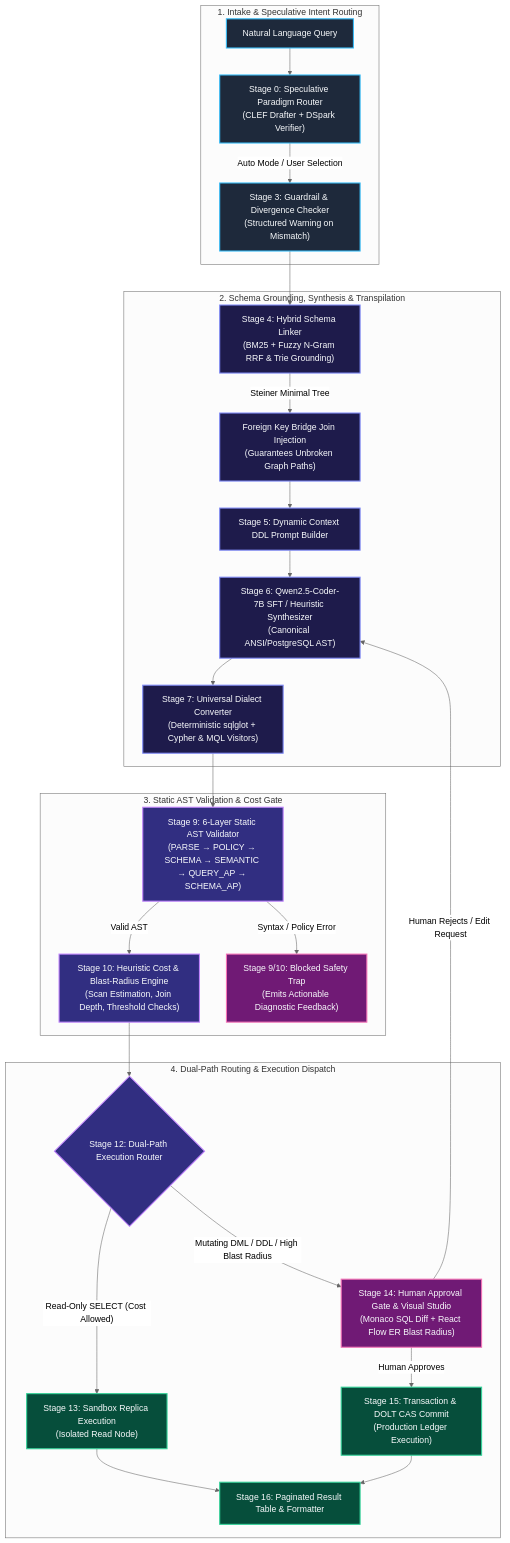
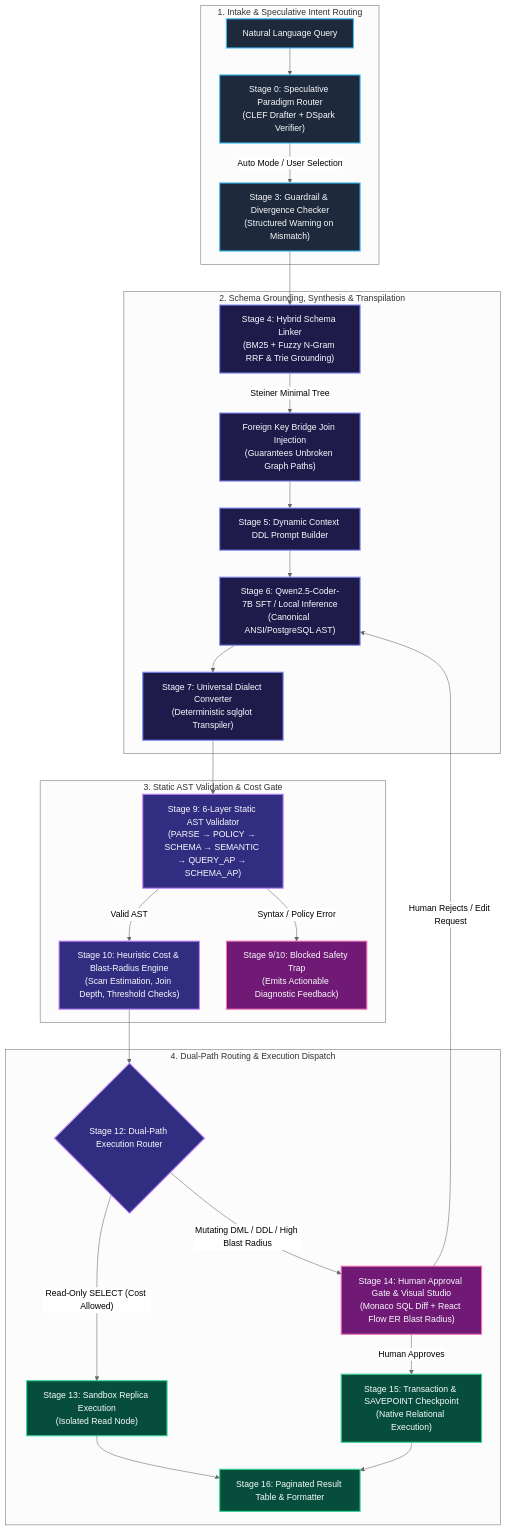
One commit to VanshikaKritiSingh/NL2SQL changed the first of 4 diagrams in README.md. Above: the diagram before and after it, drawn with Mermaid (neutral theme). The commit also changed other lines of this file and 18 other files, not shown here.

````diff
--- a/README.md
+++ b/README.md
@@ -81,40 +137,40 @@
 ```mermaid
 flowchart TD
     classDef intake fill:#1e293b,stroke:#38bdf8,stroke-width:2px,color:#f8fafc;
     classDef ai fill:#1e1b4b,stroke:#818cf8,stroke-width:2px,color:#f8fafc;
     classDef safety fill:#312e81,stroke:#c084fc,stroke-width:2px,color:#f8fafc;
     classDef gate fill:#701a75,stroke:#f472b6,stroke-width:2px,color:#f8fafc;
     classDef exec fill:#064e3b,stroke:#34d399,stroke-width:2px,color:#f8fafc;
 
     subgraph Layer_Intake ["1. Intake & Speculative Intent Routing"]
         NL["Natural Language Query"]:::intake --> S0["Stage 0: Speculative Paradigm Router<br/>(CLEF Drafter + DSpark Verifier)"]:::intake
         S0 -->|"Auto Mode / User Selection"| S3["Stage 3: Guardrail & Divergence Checker<br/>(Structured Warning on Mismatch)"]:::intake
     end
 
     subgraph Layer_AI ["2. Schema Grounding, Synthesis & Transpilation"]
         S3 --> S4["Stage 4: Hybrid Schema Linker<br/>(BM25 + Fuzzy N-Gram RRF & Trie Grounding)"]:::ai
         S4 -->|"Steiner Minimal Tree"| S4B["Foreign Key Bridge Join Injection<br/>(Guarantees Unbroken Graph Paths)"]:::ai
         S4B --> S5["Stage 5: Dynamic Context DDL Prompt Builder"]:::ai
-        S5 --> S6["Stage 6: Qwen2.5-Coder-7B SFT / Heuristic Synthesizer<br/>(Canonical ANSI/PostgreSQL AST)"]:::ai
-        S6 --> S7["Stage 7: Universal Dialect Converter<br/>(Deterministic sqlglot + Cypher & MQL Visitors)"]:::ai
+        S5 --> S6["Stage 6: Qwen2.5-Coder-7B SFT / Local Inference<br/>(Canonical ANSI/PostgreSQL AST)"]:::ai
+        S6 --> S7["Stage 7: Universal Dialect Converter<br/>(Deterministic sqlglot Transpiler)"]:::ai
     end
 
     subgraph Layer_Safety ["3. Static AST Validation & Cost Gate"]
         S7 --> S9["Stage 9: 6-Layer Static AST Validator<br/>(PARSE → POLICY → SCHEMA → SEMANTIC → QUERY_AP → SCHEMA_AP)"]:::safety
         S9 -->|"Valid AST"| S10["Stage 10: Heuristic Cost & Blast-Radius Engine<br/>(Scan Estimation, Join Depth, Threshold Checks)"]:::safety
         S9 -->|"Syntax / Policy Error"| BLOCKED["Stage 9/10: Blocked Safety Trap<br/>(Emits Actionable Diagnostic Feedback)"]:::gate
     end
 
     subgraph Layer_Execution ["4. Dual-Path Routing & Execution Dispatch"]
         S10 --> S12{"Stage 12: Dual-Path Execution Router"}:::safety
         
         S12 -->|"Read-Only SELECT (Cost Allowed)"| S13["Stage 13: Sandbox Replica Execution<br/>(Isolated Read Node)"]:::exec
         S12 -->|"Mutating DML / DDL / High Blast Radius"| S14["Stage 14: Human Approval Gate & Visual Studio<br/>(Monaco SQL Diff + React Flow ER Blast Radius)"]:::gate
         
-        S14 -->|"Human Approves"| S15["Stage 15: Transaction & DOLT CAS Commit<br/>(Production Ledger Execution)"]:::exec
+        S14 -->|"Human Approves"| S15["Stage 15: Transaction & SAVEPOINT Checkpoint<br/>(Native Relational Execution)"]:::exec
         S14 -->|"Human Rejects / Edit Request"| S6
         
         S13 --> S16["Stage 16: Paginated Result Table & Formatter"]:::exec
         S15 --> S16
     end
 ```
````
